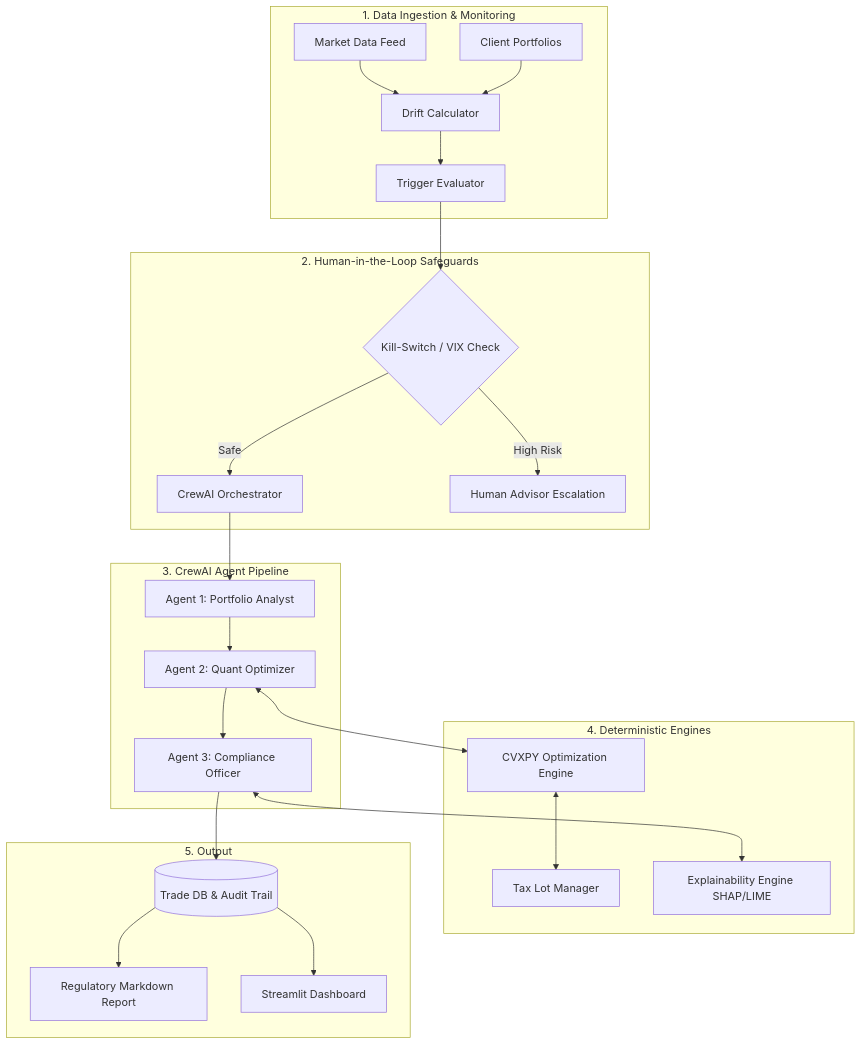
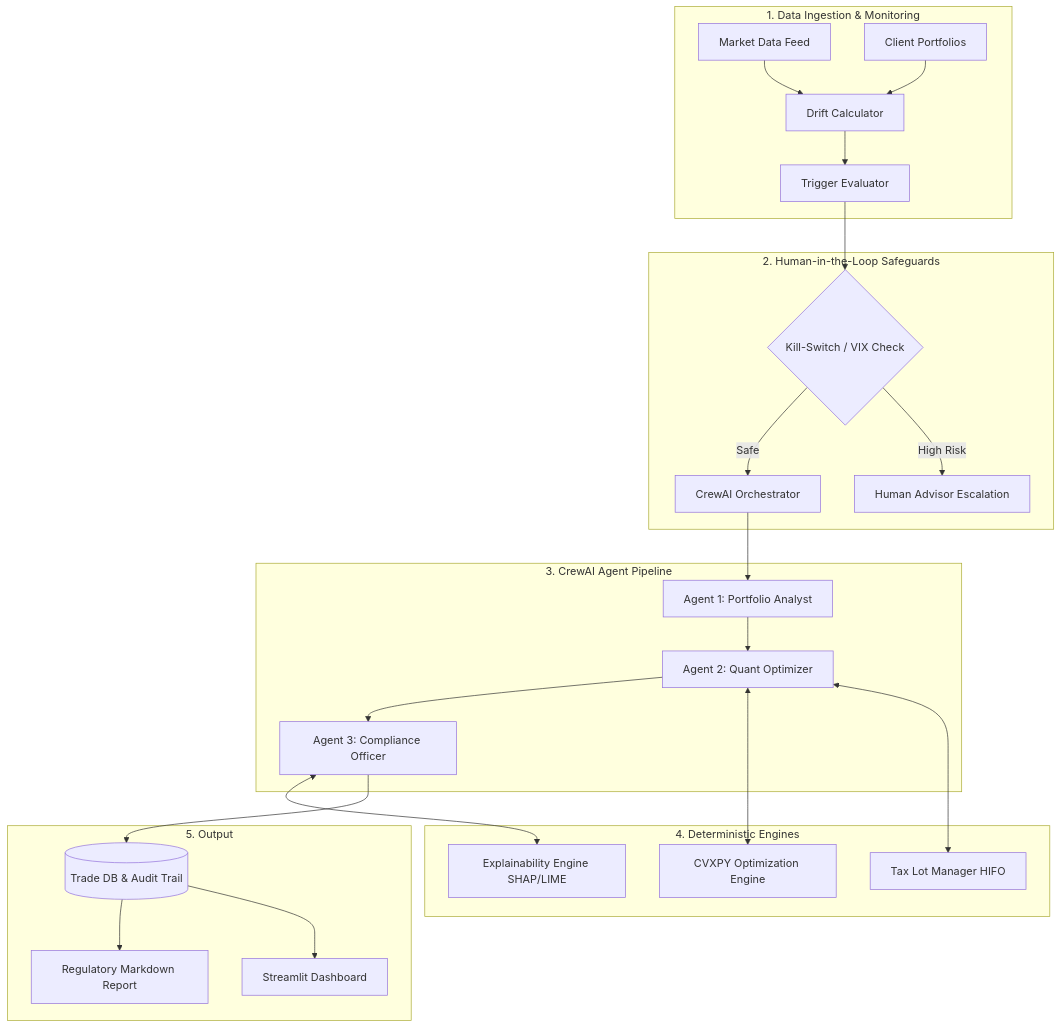
One commit to Paragiscool/Portfolio_Rebalancing_Agent changed the diagram in README.md. Above: the diagram before and after it, drawn with Mermaid. The commit also changed other lines of this file, not shown here.

Commit message:
docs: expand README into massive architectural deep dive and memory recall artifact

````diff
--- a/README.md
+++ b/README.md
@@ -22,32 +13,32 @@
 ```mermaid
 graph TD
     subgraph 1. Data Ingestion & Monitoring
         M[Market Data Feed] --> D[Drift Calculator]
         P[Client Portfolios] --> D
         D --> T[Trigger Evaluator]
     end
 
     subgraph 2. Human-in-the-Loop Safeguards
         T --> K{Kill-Switch / VIX Check}
         K -- Safe --> C[CrewAI Orchestrator]
         K -- High Risk --> H[Human Advisor Escalation]
     end
 
     subgraph 3. CrewAI Agent Pipeline
         C --> A1[Agent 1: Portfolio Analyst]
         A1 --> A2[Agent 2: Quant Optimizer]
         A2 --> A3[Agent 3: Compliance Officer]
     end
 
     subgraph 4. Deterministic Engines
         A2 <--> O[CVXPY Optimization Engine]
-        O <--> TL[Tax Lot Manager]
+        A2 <--> TL[Tax Lot Manager HIFO]
         A3 <--> E[Explainability Engine SHAP/LIME]
     end
     
     subgraph 5. Output
         A3 --> DB[(Trade DB & Audit Trail)]
         DB --> R[Regulatory Markdown Report]
         DB --> S[Streamlit Dashboard]
     end
 ```
````
